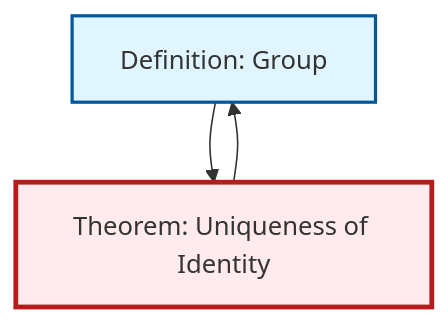
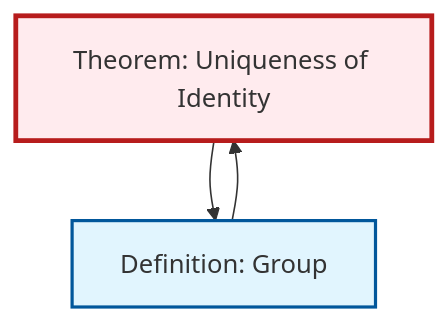
One commit to RK0429/ModernMath changed the diagram in content/ja/algebra/thm-unique-identity.qmd. Above: the diagram before and after it, drawn with Mermaid. The commit also changed other lines of this file and 360 other files, not shown here.

````diff
--- a/content/ja/algebra/thm-unique-identity.qmd
+++ b/content/ja/algebra/thm-unique-identity.qmd
@@ -55,15 +55,15 @@
 ```{mermaid}
 %%| fig-cap: "Local dependency graph"
 graph TD
     classDef definition fill:#e1f5fe,stroke:#01579b,stroke-width:2px
     classDef theorem fill:#f3e5f5,stroke:#4a148c,stroke-width:2px
     classDef axiom fill:#fff3e0,stroke:#e65100,stroke-width:2px
     classDef example fill:#e8f5e9,stroke:#1b5e20,stroke-width:2px
     classDef current fill:#ffebee,stroke:#b71c1c,stroke-width:3px
+    thm-unique-identity["Theorem: Uniqueness of Identity"]:::theorem
     def-group["Definition: Group"]:::definition
-    thm-unique-identity["Theorem: Uniqueness of Identity"]:::theorem
     def-group --> thm-unique-identity
     thm-unique-identity --> def-group
     class thm-unique-identity current
     click def-group "def-group.html" "Definition: Groupへ"
 ```
````
